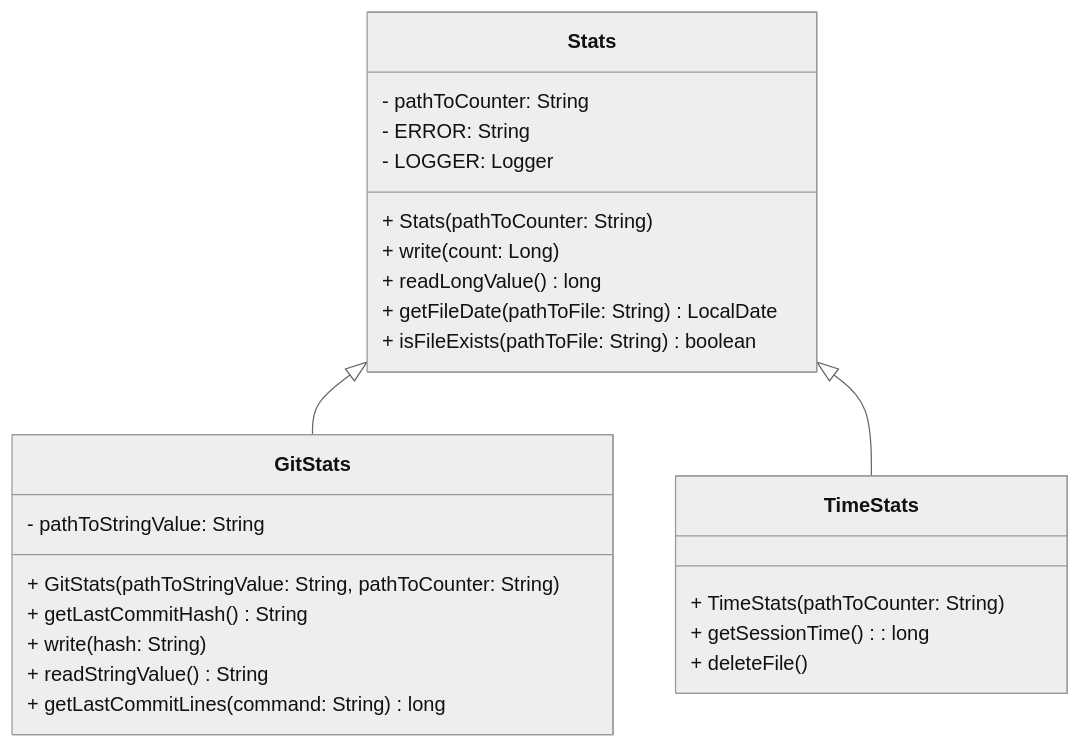
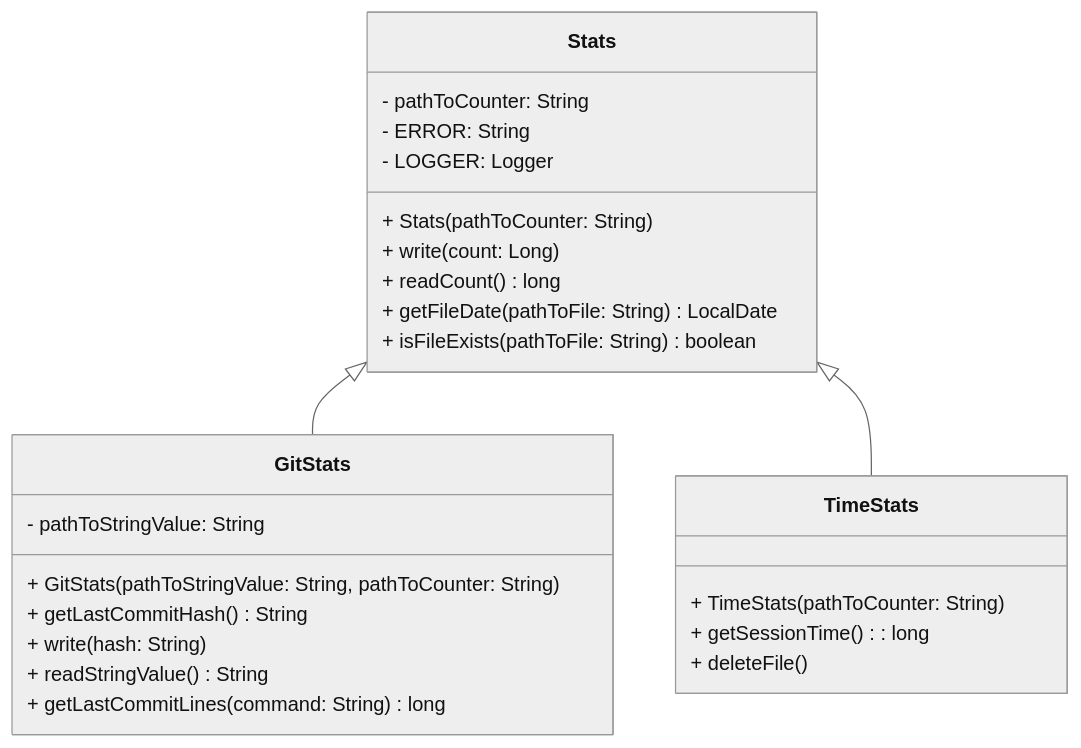
Before and after one commit to AlexandrAnatoliev/jvim-plugins: the first of 4 diagrams in vimstat/README.md, drawn with Mermaid (neutral theme). The commit also changed other lines of this file and 5 other files, not shown here.

First line of the commit message:
refactor(vimstat): rename readLongValue into readCount

````diff
--- a/vimstat/README.md
+++ b/vimstat/README.md
@@ -142,32 +142,32 @@
 ```mermaid
 classDiagram
 
   class Stats {
     - pathToCounter: String 
     - ERROR: String 
     - LOGGER: Logger
     + Stats(pathToCounter: String)
     + write(count: Long )
-    + readLongValue() long 
+    + readCount() long 
     + getFileDate(pathToFile: String) LocalDate
     + isFileExists(pathToFile: String) boolean 
   }
 
   class GitStats {
     - pathToStringValue: String 
     + GitStats(pathToStringValue: String, pathToCounter: String)
     + getLastCommitHash() String 
     + write(hash: String) 
     + readStringValue() String
     + getLastCommitLines(command: String) long
   }
 
   class TimeStats {
     + TimeStats(pathToCounter: String)
     + getSessionTime(): long 
     + deleteFile() 
   }
 
   Stats <|-- GitStats
   Stats <|-- TimeStats
 ```
````
